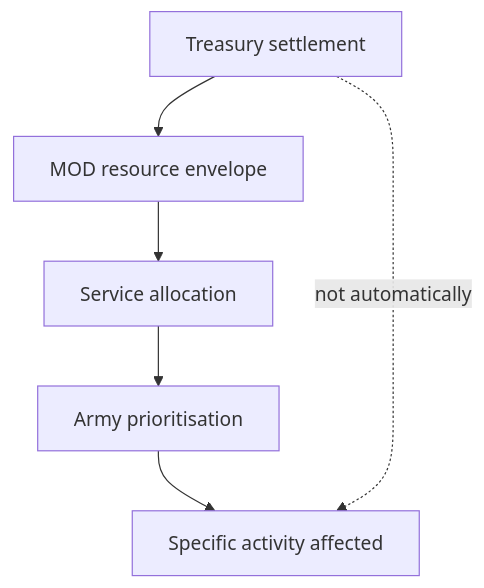
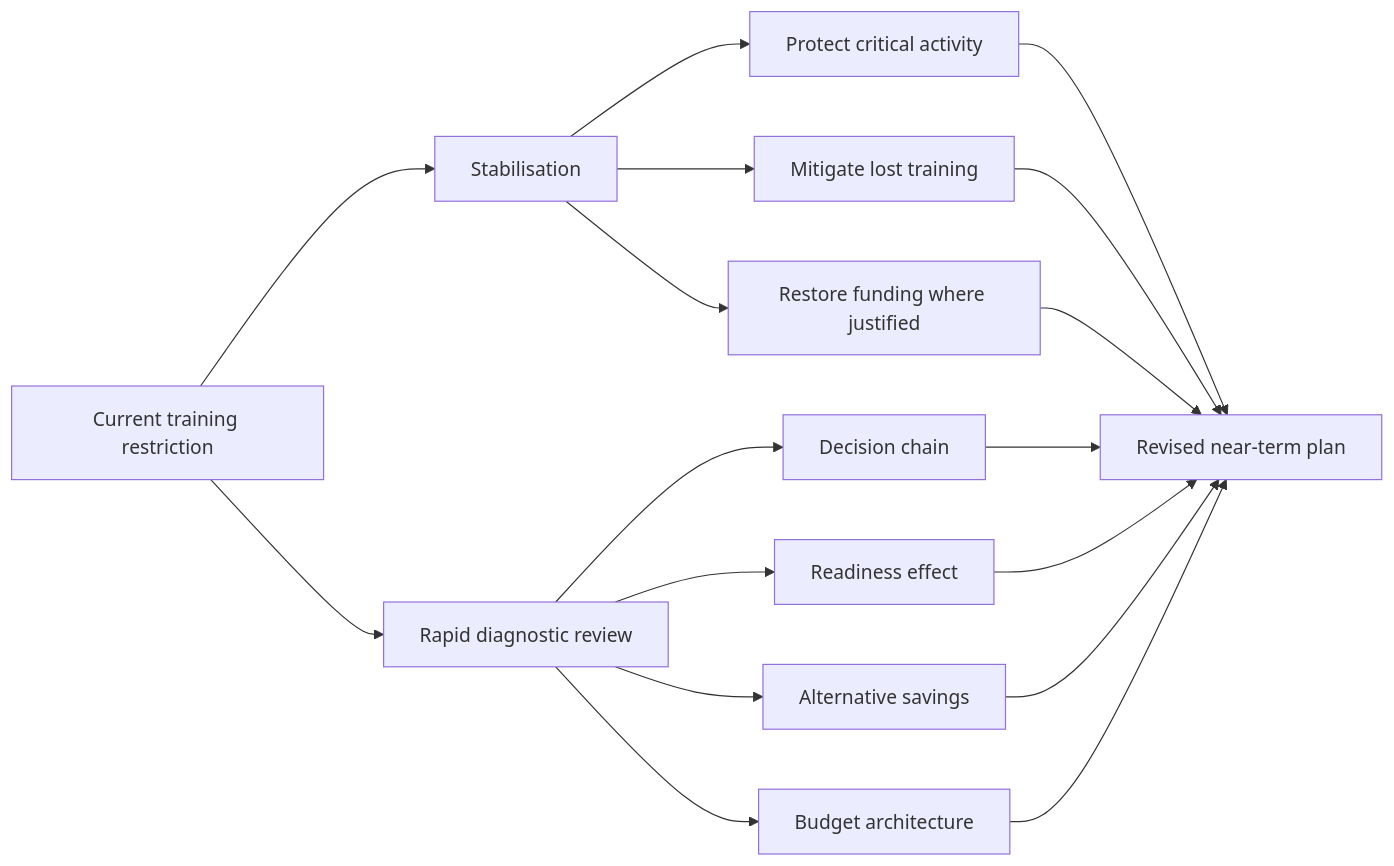
One commit to josefsbreakfast/Polaris-Protocol changed the first of 2 diagrams in 🌓_3_In_The_Moment/📲_Press_Matters/🌊_Playing_Defence/🪖_Training_Debrief/🚑_immediate_management.md. Above: the diagram before and after it, drawn with Mermaid. The commit also changed other lines of this file and 14 other files, not shown here.

`````diff
--- a/🌓_3_In_The_Moment/📲_Press_Matters/🌊_Playing_Defence/🪖_Training_Debrief/🚑_immediate_management.md
+++ b/🌓_3_In_The_Moment/📲_Press_Matters/🌊_Playing_Defence/🪖_Training_Debrief/🚑_immediate_management.md
@@ -342,9 +51,22 @@
 ```mermaid
-flowchart TD
-    A["Treasury settlement"] --> B["MOD resource envelope"]
-    B --> C["Service allocation"]
-    C --> D["Army prioritisation"]
-    D --> E["Specific activity affected"]
+flowchart LR
+    A["Current training restriction"] --> B["Stabilisation"]
+    A --> C["Rapid diagnostic review"]
 
-    A -. "not automatically" .-> E
-```
+    B --> D["Protect critical activity"]
+    B --> E["Mitigate lost training"]
+    B --> F["Restore funding where justified"]
+
+    C --> G["Decision chain"]
+    C --> H["Readiness effect"]
+    C --> I["Alternative savings"]
+    C --> J["Budget architecture"]
+
+    D --> K["Revised near-term plan"]
+    E --> K
+    F --> K
+    G --> K
+    H --> K
+    I --> K
+    J --> K
+````
`````
